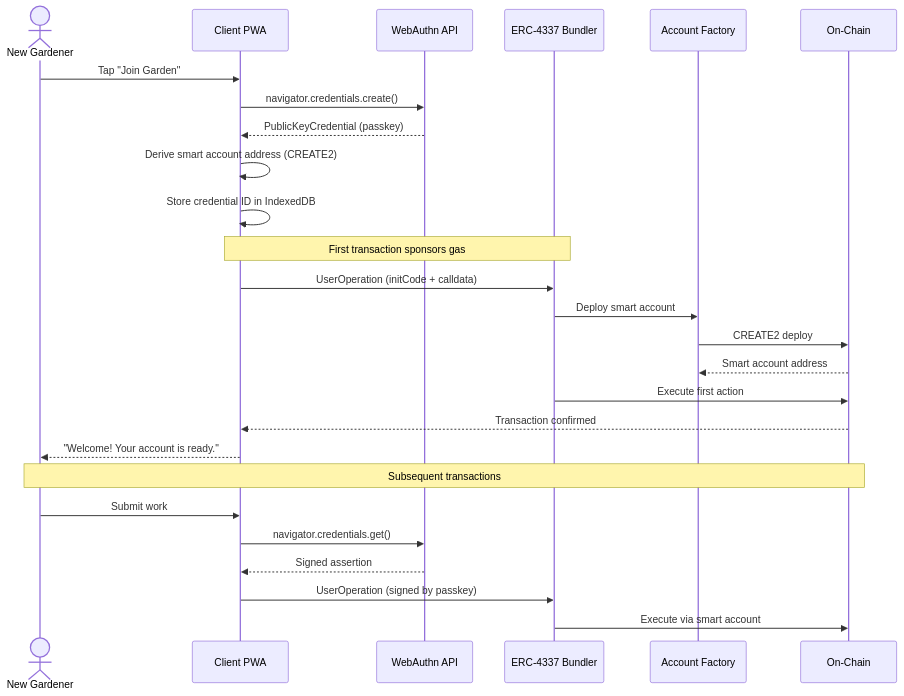
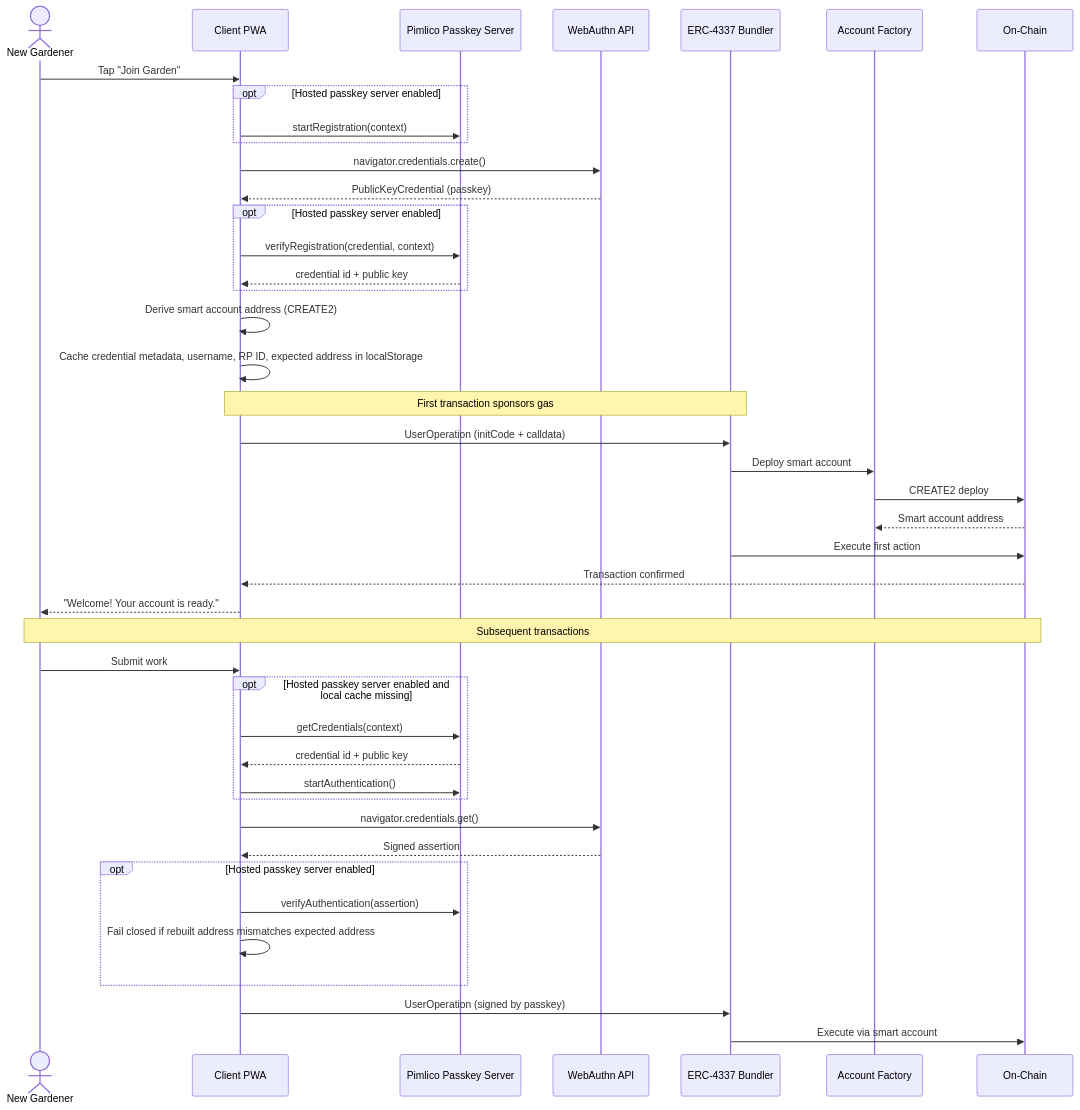
Before and after one commit to greenpill-dev-guild/green-goods: the fifth of 7 diagrams in docs/docs/builders/architecture/sequence-diagrams.mdx, drawn with Mermaid. The commit also changed other lines of this file and 21 other files, not shown here.

````diff
--- a/docs/docs/builders/architecture/sequence-diagrams.mdx
+++ b/docs/docs/builders/architecture/sequence-diagrams.mdx
@@ -223,35 +223,52 @@
 ```mermaid
 sequenceDiagram
     actor G as New Gardener
     participant PWA as Client PWA
+    participant PKS as Pimlico Passkey Server
     participant WebAuthn as WebAuthn API
     participant Bundler as ERC-4337 Bundler
     participant Factory as Account Factory
     participant Chain as On-Chain
 
     G->>PWA: Tap "Join Garden"
+    opt Hosted passkey server enabled
+        PWA->>PKS: startRegistration(context)
+    end
     PWA->>WebAuthn: navigator.credentials.create()
     WebAuthn-->>PWA: PublicKeyCredential (passkey)
+    opt Hosted passkey server enabled
+        PWA->>PKS: verifyRegistration(credential, context)
+        PKS-->>PWA: credential id + public key
+    end
 
     PWA->>PWA: Derive smart account address (CREATE2)
-    PWA->>PWA: Store credential ID in IndexedDB
+    PWA->>PWA: Cache credential metadata, username, RP ID, expected address in localStorage
 
     Note over PWA,Bundler: First transaction sponsors gas
 
     PWA->>Bundler: UserOperation (initCode + calldata)
     Bundler->>Factory: Deploy smart account
     Factory->>Chain: CREATE2 deploy
     Chain-->>Factory: Smart account address
     Bundler->>Chain: Execute first action
 
     Chain-->>PWA: Transaction confirmed
     PWA-->>G: "Welcome! Your account is ready."
 
     Note over G,Chain: Subsequent transactions
 
     G->>PWA: Submit work
+    opt Hosted passkey server enabled and local cache missing
+        PWA->>PKS: getCredentials(context)
+        PKS-->>PWA: credential id + public key
+        PWA->>PKS: startAuthentication()
+    end
     PWA->>WebAuthn: navigator.credentials.get()
     WebAuthn-->>PWA: Signed assertion
+    opt Hosted passkey server enabled
+        PWA->>PKS: verifyAuthentication(assertion)
+        PWA->>PWA: Fail closed if rebuilt address mismatches expected address
+    end
     PWA->>Bundler: UserOperation (signed by passkey)
     Bundler->>Chain: Execute via smart account
 ```
````
